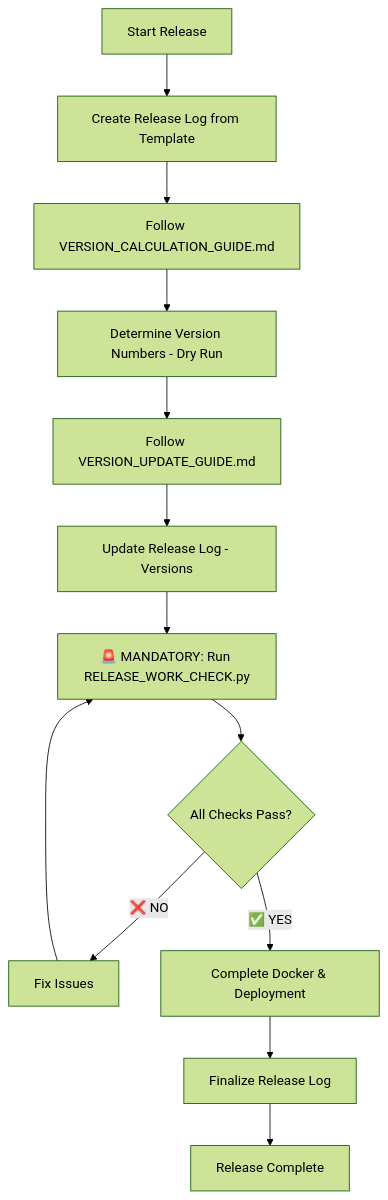
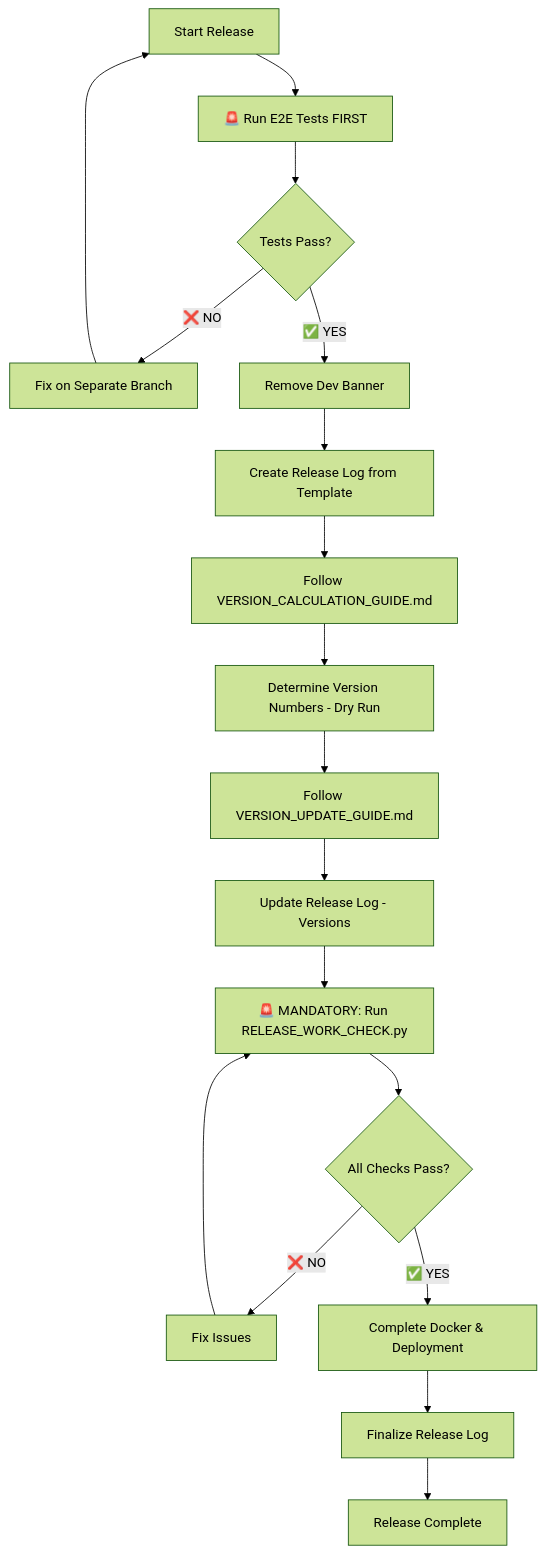
Before and after one commit to Fujio-Turner/cb_completed_request: the diagram in settings/RELEASE_GUIDE.md, drawn with Mermaid (forest theme). The commit also changed other lines of this file and 16 other files, not shown here.

````diff
--- a/settings/RELEASE_GUIDE.md
+++ b/settings/RELEASE_GUIDE.md
@@ -289,15 +311,20 @@
 ```mermaid
 graph TD
-    A[Start Release] --> B[Create Release Log from Template]
-    B --> C[Follow VERSION_CALCULATION_GUIDE.md]
-    C --> D[Determine Version Numbers - Dry Run]
-    D --> E[Follow VERSION_UPDATE_GUIDE.md]
-    E --> F[Update Release Log - Versions]
-    F --> G[🚨 MANDATORY: Run RELEASE_WORK_CHECK.py]
-    G --> H{All Checks Pass?}
-    H -->|❌ NO| I[Fix Issues]
-    I --> G
-    H -->|✅ YES| J[Complete Docker & Deployment]
-    J --> K[Finalize Release Log]
-    K --> L[Release Complete]
+    A[Start Release] --> B[🚨 Run E2E Tests FIRST]
+    B --> C{Tests Pass?}
+    C -->|❌ NO| D[Fix on Separate Branch]
+    D --> A
+    C -->|✅ YES| E[Remove Dev Banner]
+    E --> F[Create Release Log from Template]
+    F --> G[Follow VERSION_CALCULATION_GUIDE.md]
+    G --> H[Determine Version Numbers - Dry Run]
+    H --> I[Follow VERSION_UPDATE_GUIDE.md]
+    I --> J[Update Release Log - Versions]
+    J --> K[🚨 MANDATORY: Run RELEASE_WORK_CHECK.py]
+    K --> L{All Checks Pass?}
+    L -->|❌ NO| M[Fix Issues]
+    M --> K
+    L -->|✅ YES| N[Complete Docker & Deployment]
+    N --> O[Finalize Release Log]
+    O --> P[Release Complete]
 ```
````
